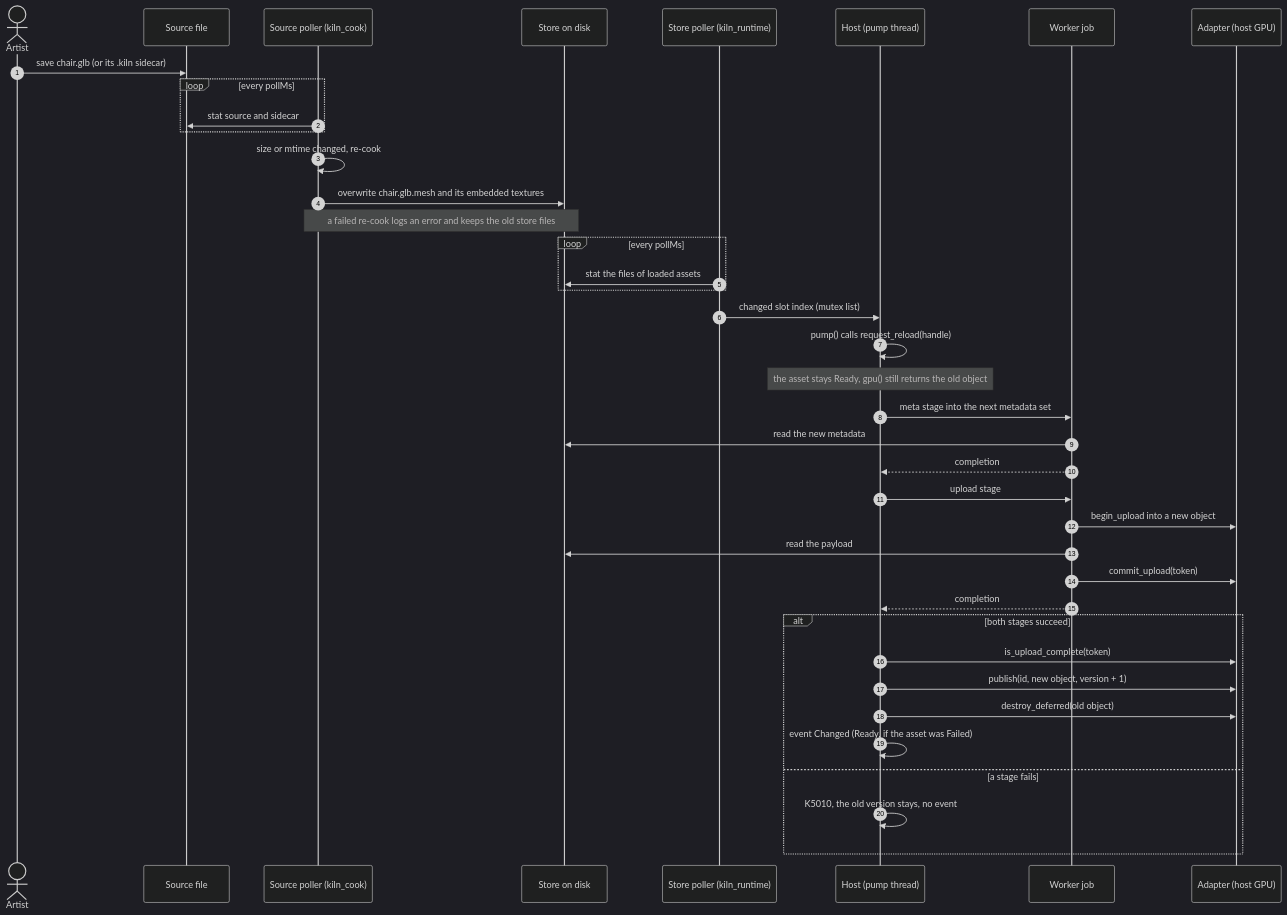
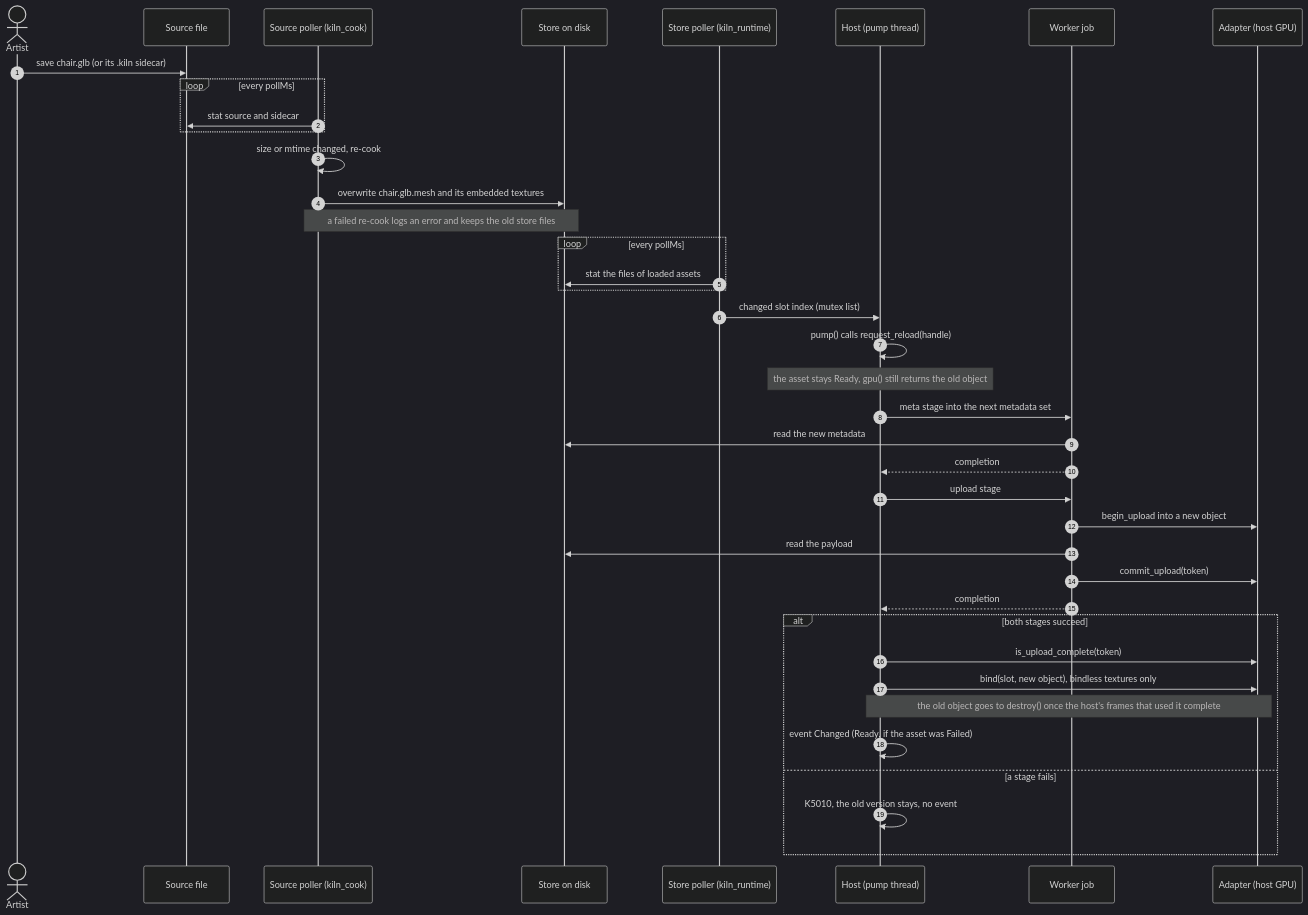
Before and after one commit to sigman78/Kiln: the third of 3 diagrams in docs/design/architecture.md, drawn with Mermaid (dark theme). The commit also changed other lines of this file and 41 other files, not shown here.

First line of the commit message:
runtime: host frames, Adapter::destroy and kiln-owned bindless slots

````diff
--- a/docs/design/architecture.md
+++ b/docs/design/architecture.md
@@ -120,45 +118,45 @@
 ```mermaid
 sequenceDiagram
     autonumber
     actor Artist
     participant Src as Source file
     participant SP as Source poller (kiln_cook)
     participant Store as Store on disk
     participant RP as Store poller (kiln_runtime)
     participant Host as Host (pump thread)
     participant Worker as Worker job
     participant Adapter as Adapter (host GPU)
 
     Artist->>Src: save chair.glb (or its .kiln sidecar)
     loop every pollMs
         SP->>Src: stat source and sidecar
     end
     SP->>SP: size or mtime changed, re-cook
     SP->>Store: overwrite chair.glb.mesh and its embedded textures
     Note over SP,Store: a failed re-cook logs an error and keeps the old store files
 
     loop every pollMs
         RP->>Store: stat the files of loaded assets
     end
     RP->>Host: changed slot index (mutex list)
     Host->>Host: pump() calls request_reload(handle)
     Note over Host: the asset stays Ready, gpu() still returns the old object
 
     Host->>Worker: meta stage into the next metadata set
     Worker->>Store: read the new metadata
     Worker-->>Host: completion
     Host->>Worker: upload stage
     Worker->>Adapter: begin_upload into a new object
     Worker->>Store: read the payload
     Worker->>Adapter: commit_upload(token)
     Worker-->>Host: completion
 
     alt both stages succeed
         Host->>Adapter: is_upload_complete(token)
-        Host->>Adapter: publish(id, new object, version + 1)
-        Host->>Adapter: destroy_deferred(old object)
+        Host->>Adapter: bind(slot, new object), bindless textures only
+        Note over Host,Adapter: the old object goes to destroy() once the host's frames that used it complete
         Host->>Host: event Changed (Ready, if the asset was Failed)
     else a stage fails
         Host->>Host: K5010, the old version stays, no event
     end
 ```
````
